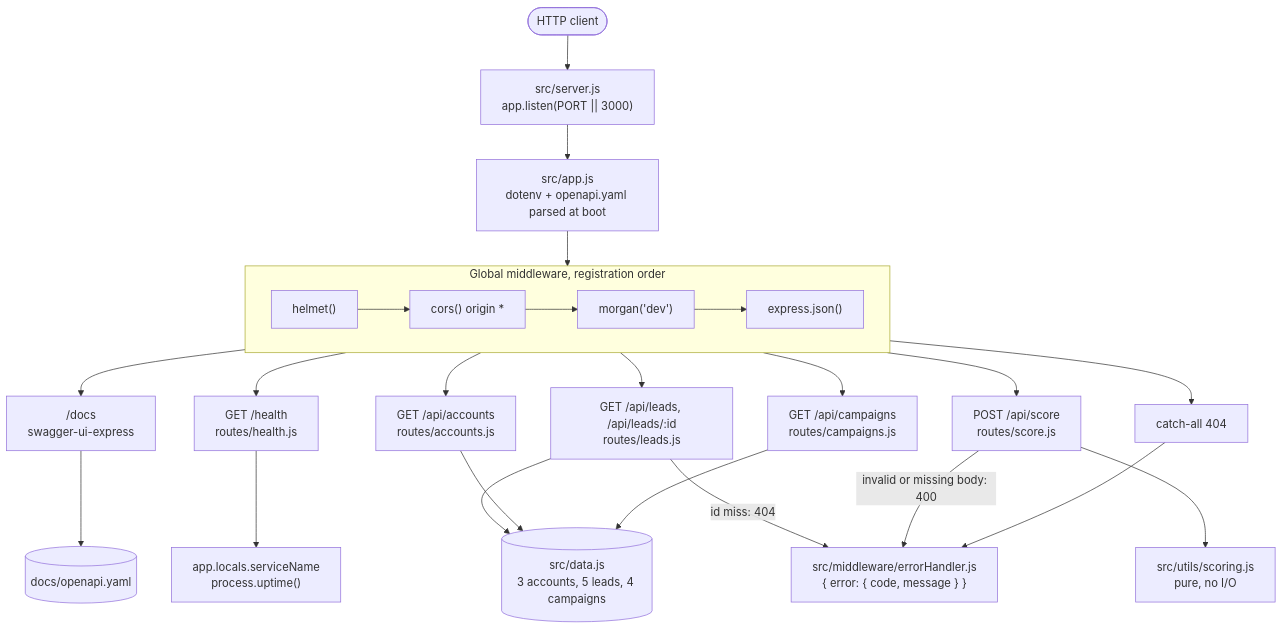
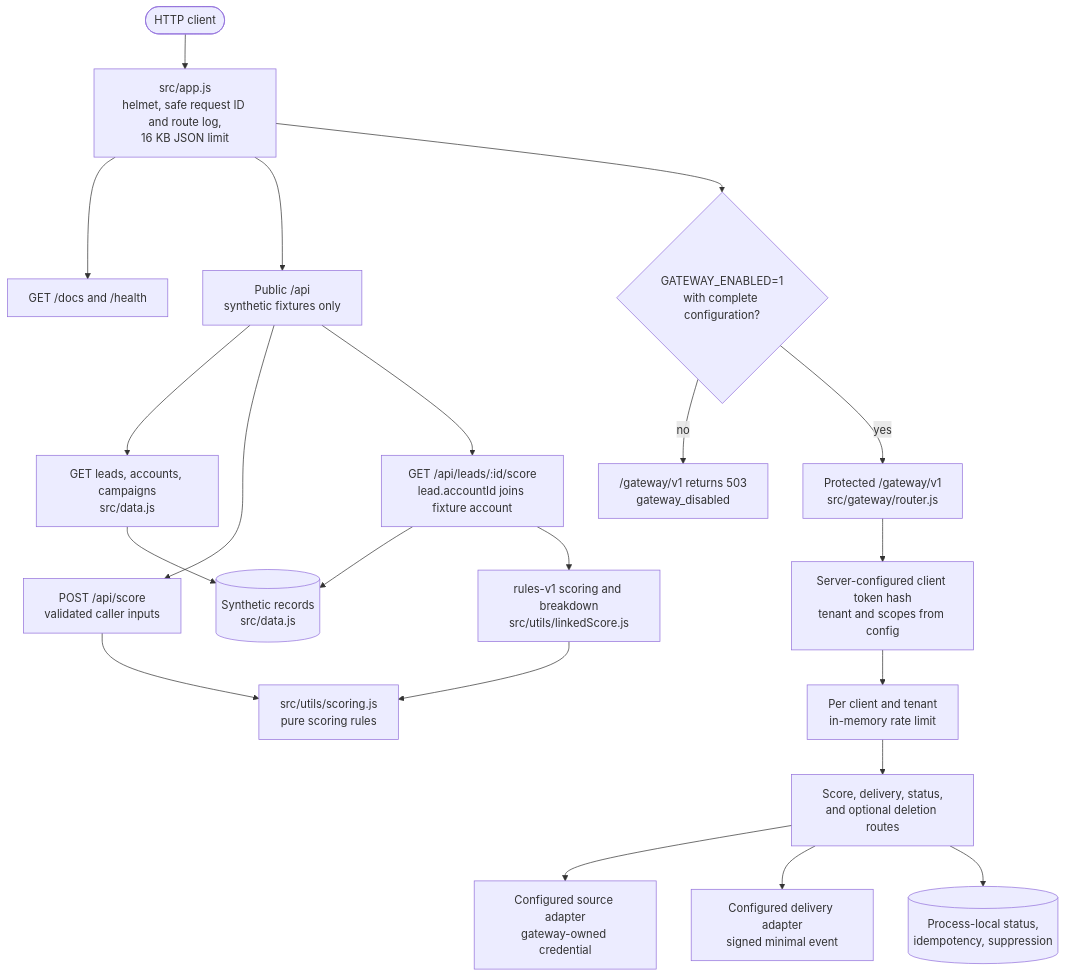
The first of 2 diagrams in architecture-diagrams.md (mizcausevic-dev/kinetic-api-gateway), drawn with Mermaid before and after one commit. The commit also changed other lines of this file and 39 other files, not shown here.

Commit message:
feat: add traceable scoring and protected gateway reference

````diff
--- a/architecture-diagrams.md
+++ b/architecture-diagrams.md
@@ -9,25 +9,23 @@
 ```mermaid
 flowchart TD
-  client([HTTP client]) --> server["src/server.js<br/>app.listen(PORT || 3000)"]
-  server --> app["src/app.js<br/>dotenv + openapi.yaml parsed at boot"]
-  subgraph mw["Global middleware, registration order"]
-    direction LR
-    helmet["helmet()"] --> cors["cors() origin *"] --> morgan["morgan('dev')"] --> json["express.json()"]
-  end
-  app --> helmet
-  json --> docs["/docs<br/>swagger-ui-express"]
-  json --> health["GET /health<br/>routes/health.js"]
-  json --> leads["GET /api/leads, /api/leads/:id<br/>routes/leads.js"]
-  json --> accounts["GET /api/accounts<br/>routes/accounts.js"]
-  json --> campaigns["GET /api/campaigns<br/>routes/campaigns.js"]
-  json --> score["POST /api/score<br/>routes/score.js"]
-  json --> nf["catch-all 404"]
-  docs --> spec[("docs/openapi.yaml")]
-  health --> locals["app.locals.serviceName<br/>process.uptime()"]
-  leads & accounts & campaigns --> data[("src/data.js<br/>3 accounts, 5 leads, 4 campaigns")]
-  score --> scoring["src/utils/scoring.js<br/>pure, no I/O"]
-  err["src/middleware/errorHandler.js<br/>{ error: { code, message } }"]
-  leads -- "id miss: 404" --> err
-  score -- "invalid or missing body: 400" --> err
-  nf --> err
+  client([HTTP client]) --> app["src/app.js<br/>helmet, safe request ID and route log,<br/>16 KB JSON limit"]
+  app --> docs["GET /docs and /health"]
+  app --> api["Public /api<br/>synthetic fixtures only"]
+  app --> configured{"GATEWAY_ENABLED=1<br/>with complete configuration?"}
+  configured -- no --> disabled["/gateway/v1 returns 503<br/>gateway_disabled"]
+  configured -- yes --> gateway["Protected /gateway/v1<br/>src/gateway/router.js"]
+  api --> lists["GET leads, accounts, campaigns<br/>src/data.js"]
+  api --> calculator["POST /api/score<br/>validated caller inputs"]
+  api --> linked["GET /api/leads/:id/score<br/>lead.accountId joins fixture account"]
+  lists --> fixture[("Synthetic records<br/>src/data.js")]
+  linked --> fixture
+  linked --> rules["rules-v1 scoring and breakdown<br/>src/utils/linkedScore.js"]
+  calculator --> rulesCore["src/utils/scoring.js<br/>pure scoring rules"]
+  rules --> rulesCore
+  gateway --> auth["Server-configured client token hash<br/>tenant and scopes from config"]
+  auth --> limit["Per client and tenant<br/>in-memory rate limit"]
+  limit --> protected["Score, delivery, status,<br/>and optional deletion routes"]
+  protected --> source["Configured source adapter<br/>gateway-owned credential"]
+  protected --> delivery["Configured delivery adapter<br/>signed minimal event"]
+  protected --> store[("Process-local status,<br/>idempotency, suppression")]
 ```
````
